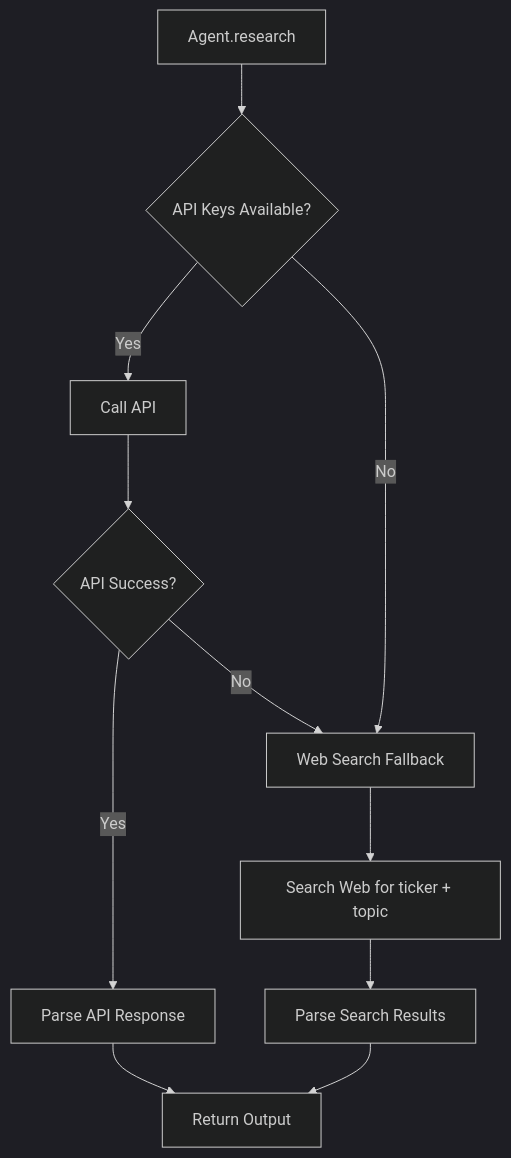
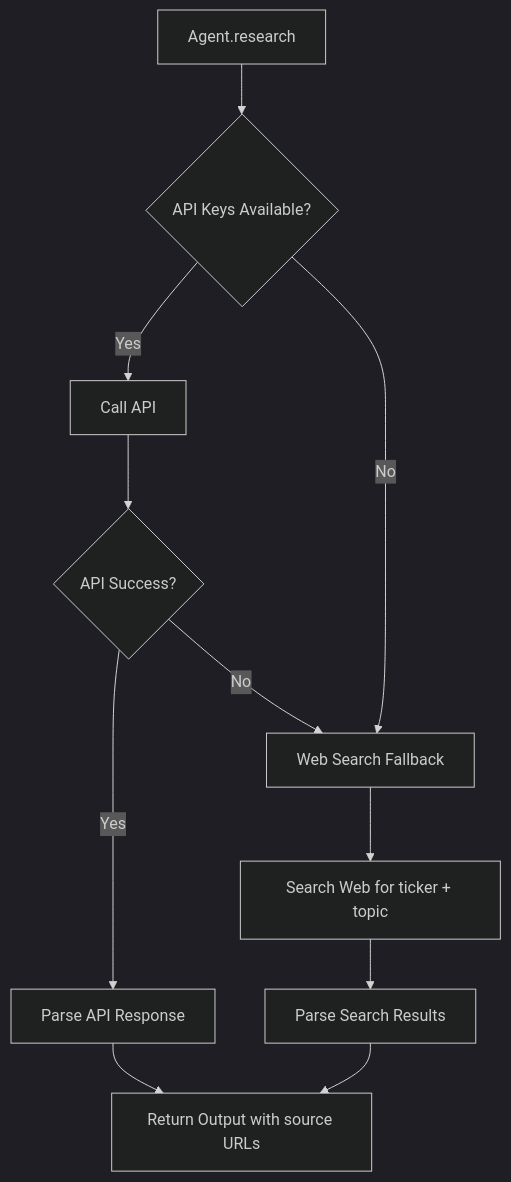
The third of 3 diagrams in .kiro/specs/trading-copilot/design.md (avisheks/agentic-trading-copilot), drawn with Mermaid (dark theme) before and after one commit. The commit also changed other lines of this file and 36 other files, not shown here.

````diff
--- a/.kiro/specs/trading-copilot/design.md
+++ b/.kiro/specs/trading-copilot/design.md
@@ -213,13 +225,13 @@
 ```mermaid
 flowchart TD
     A[Agent.research] --> B{API Keys Available?}
     B -->|Yes| C[Call API]
     B -->|No| D[Web Search Fallback]
     C --> E{API Success?}
     E -->|Yes| F[Parse API Response]
     E -->|No| D
     D --> G[Search Web for ticker + topic]
     G --> H[Parse Search Results]
-    F --> I[Return Output]
+    F --> I[Return Output with source URLs]
     H --> I
 ```
````
